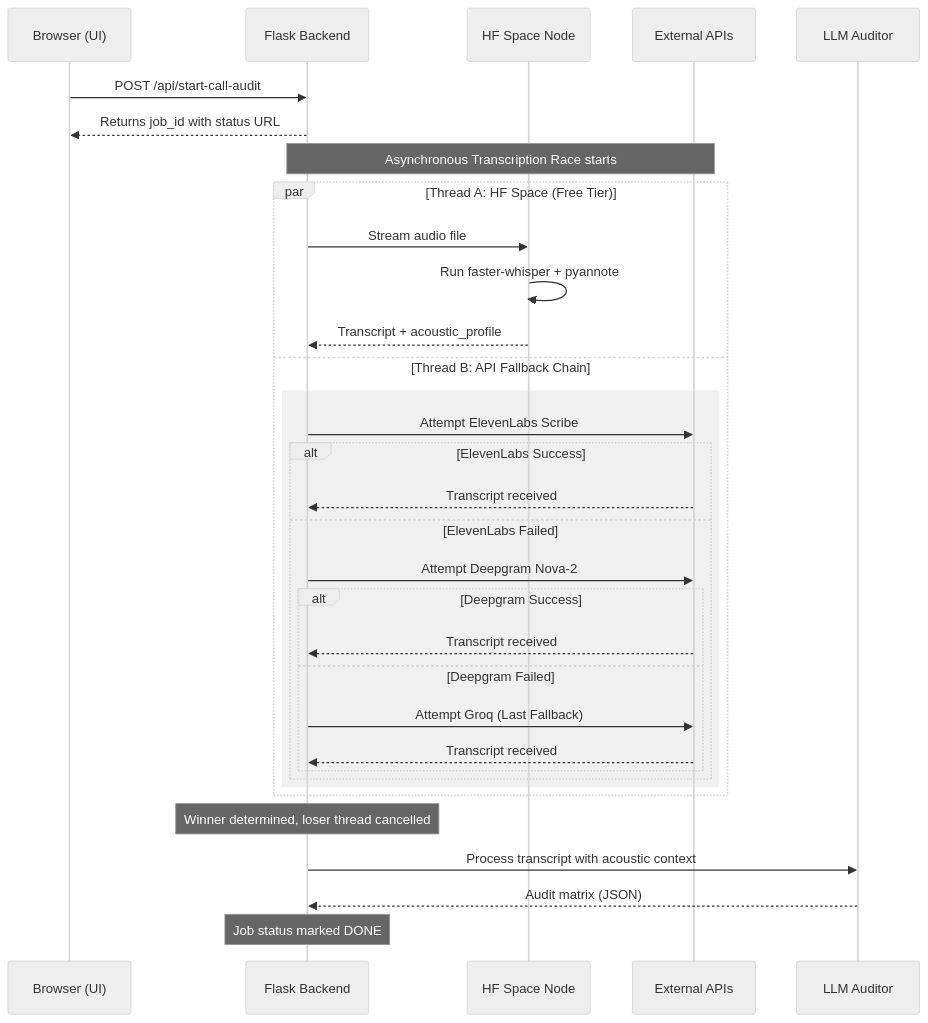
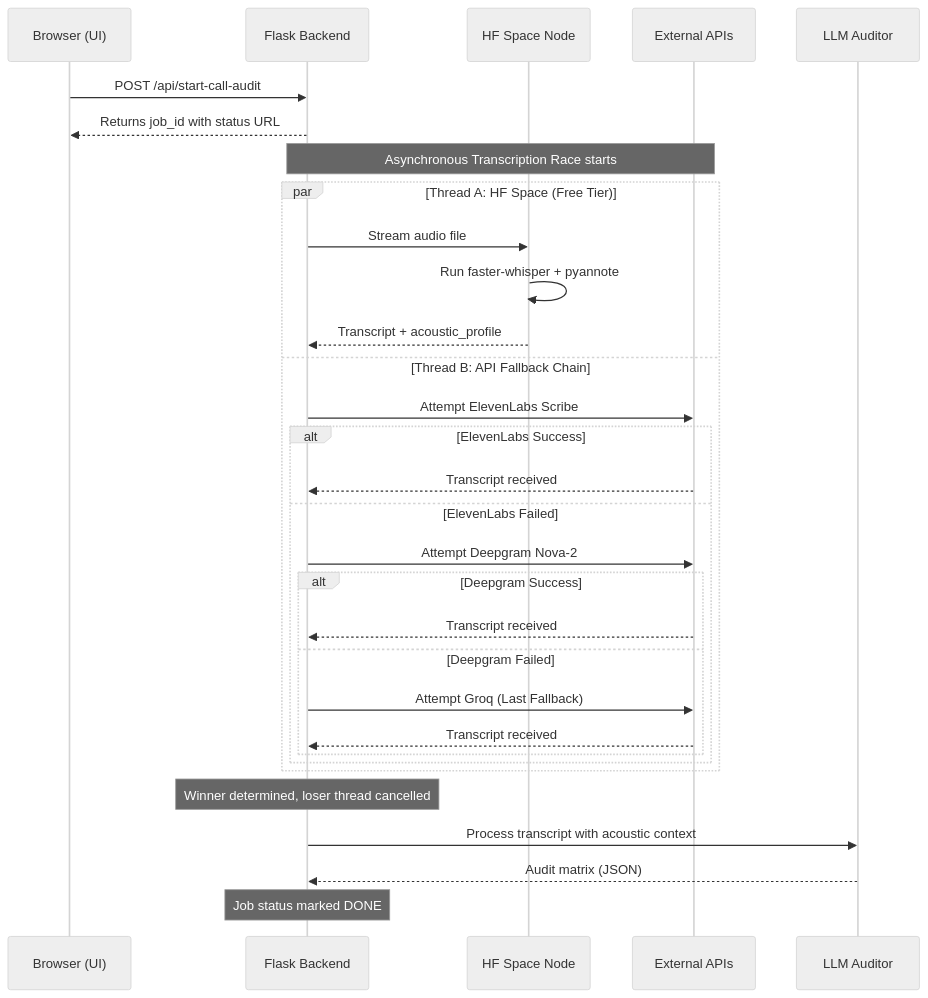
Before and after one commit to prathamamritkar/genAI-qualityBot: the diagram in README.md, drawn with Mermaid (neutral theme).

````diff
--- a/README.md
+++ b/README.md
@@ -74,41 +74,39 @@
 ```mermaid
 sequenceDiagram
     participant UI as Browser (UI)
     participant API as Flask Backend
     participant HF as HF Space Node
     participant EXT as External APIs
     participant LLM as LLM Auditor
 
     UI->>API: POST /api/start-call-audit
     API-->>UI: Returns job_id with status URL
     
     Note over API,EXT: Asynchronous Transcription Race starts
     
     par Thread A: HF Space (Free Tier)
         API->>HF: Stream audio file
         HF->>HF: Run faster-whisper + pyannote
         HF-->>API: Transcript + acoustic_profile
     and Thread B: API Fallback Chain
-        rect rgb(240, 240, 240)
         API->>EXT: Attempt ElevenLabs Scribe
         alt ElevenLabs Success
             EXT-->>API: Transcript received
         else ElevenLabs Failed
             API->>EXT: Attempt Deepgram Nova-2
             alt Deepgram Success
                 EXT-->>API: Transcript received
             else Deepgram Failed
                 API->>EXT: Attempt Groq (Last Fallback)
                 EXT-->>API: Transcript received
             end
         end
-        end
     end
     
     Note over API: Winner determined, loser thread cancelled
     
     API->>LLM: Process transcript with acoustic context
     LLM-->>API: Audit matrix (JSON)
     
     Note over API: Job status marked DONE
 ```
````
